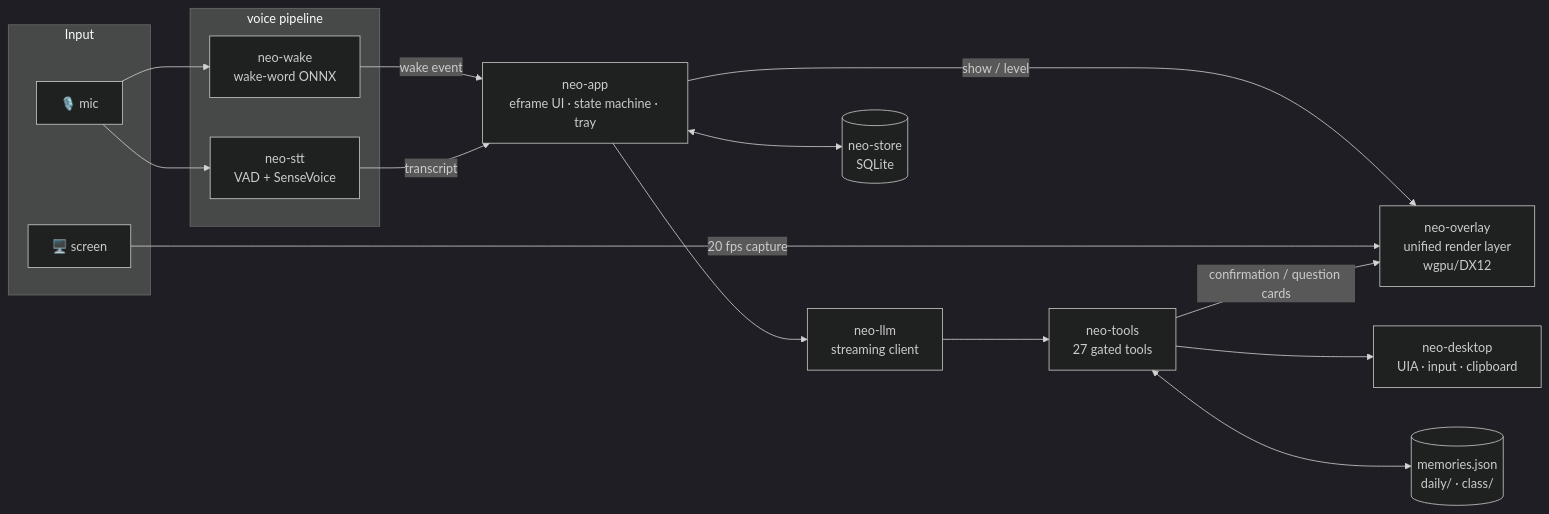
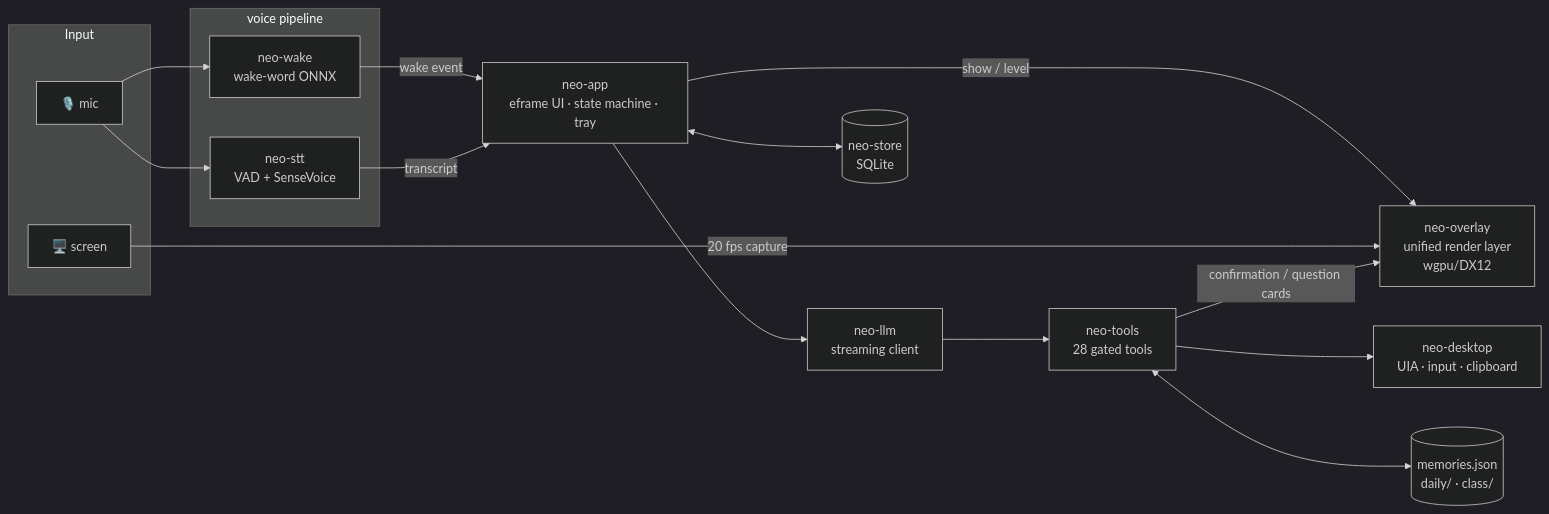
Before and after one commit to ChidcGithub/Neo: the second of 4 diagrams in README.md, drawn with Mermaid (dark theme). The commit also changed other lines of this file and 15 other files, not shown here.

````diff
--- a/README.md
+++ b/README.md
@@ -366,29 +366,29 @@
 ```mermaid
 flowchart LR
     subgraph Input
         Mic[🎙️ mic]
         Screen[🖥️ screen]
     end
 
     subgraph Voice["voice pipeline"]
         Wake[neo-wake<br/>wake-word ONNX]
         STT[neo-stt<br/>VAD + SenseVoice]
     end
 
     App[neo-app<br/>eframe UI · state machine · tray]
     Overlay[neo-overlay<br/>unified render layer<br/>wgpu/DX12]
     LLM[neo-llm<br/>streaming client]
-    Tools[neo-tools<br/>27 gated tools]
+    Tools[neo-tools<br/>28 gated tools]
     Desktop[neo-desktop<br/>UIA · input · clipboard]
     Store[(neo-store<br/>SQLite)]
     FS[(memories.json<br/>daily/ · class/)]
 
     Mic --> Wake -->|wake event| App
     Mic --> STT -->|transcript| App
     App -->|show / level| Overlay
     Screen -->|20 fps capture| Overlay
     App --> LLM --> Tools --> Desktop
     Tools -->|confirmation / question cards| Overlay
     App <--> Store
     Tools <--> FS
 ```
````
